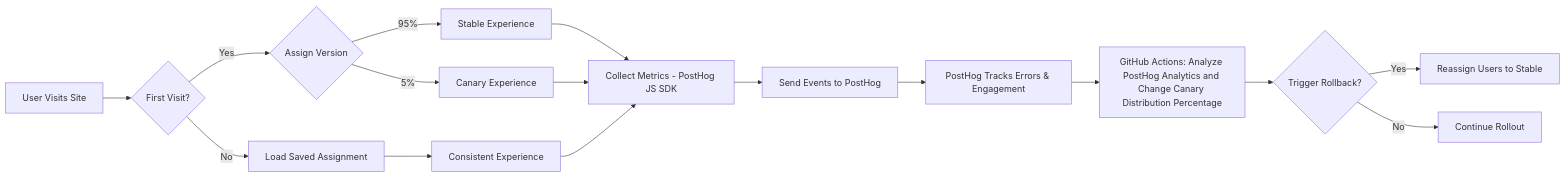
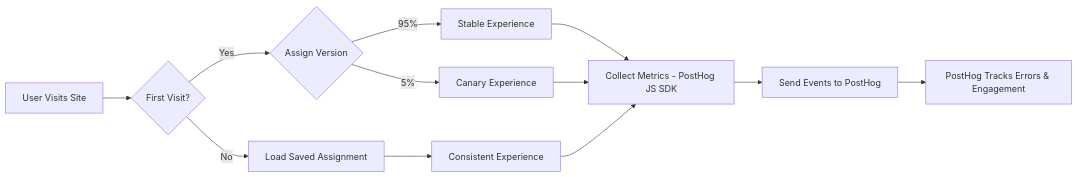
Before and after one commit to lloydchang/client-side-canary-deployment: the first of 3 diagrams in README.md, drawn with Mermaid. The commit also changed other lines of this file, not shown here.

````diff
--- a/README.md
+++ b/README.md
@@ -17,18 +17,14 @@
 ```mermaid
 graph LR
     A[User Visits Site] --> B{First Visit?}
     B -->|Yes| C{Assign Version}
     B -->|No| D[Load Saved Assignment]
     C -->|95%| E[Stable Experience]
     C -->|5%| F[Canary Experience]
     D --> G[Consistent Experience]
     E --> H["Collect Metrics - PostHog JS SDK"]
     F --> H
     G --> H
     H --> J[Send Events to PostHog]
     J --> K[PostHog Tracks Errors & Engagement]
-    K --> L[GitHub Actions: Analyze PostHog Analytics and Change Canary Distribution Percentage]
-    L --> M{Trigger Rollback?}
-    M -->|Yes| N[Reassign Users to Stable]
-    M -->|No| O[Continue Rollout]
 ```
````
